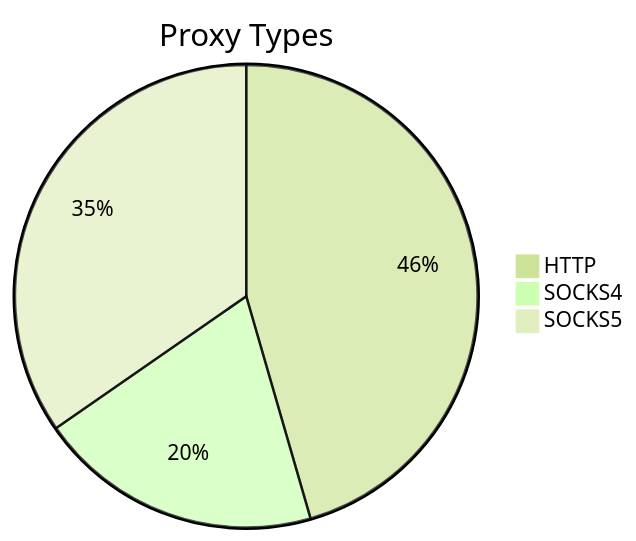
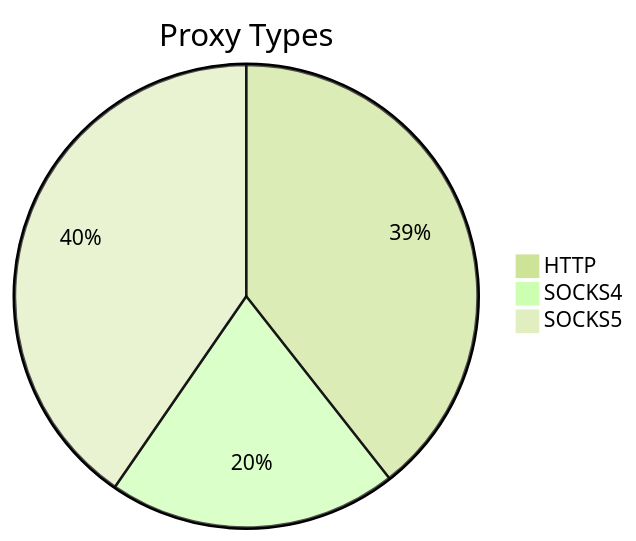
Before and after one commit to stormsia/proxy-list: the first of 2 diagrams in README.md, drawn with Mermaid (forest theme). The commit also changed other lines of this file, not shown here.

````diff
--- a/README.md
+++ b/README.md
@@ -21,6 +21,6 @@
 ```mermaid
 pie title Proxy Types
-    "HTTP" : 264
-    "SOCKS4" : 115
-    "SOCKS5" : 201
+    "HTTP" : 158
+    "SOCKS4" : 81
+    "SOCKS5" : 162
 ```
````
